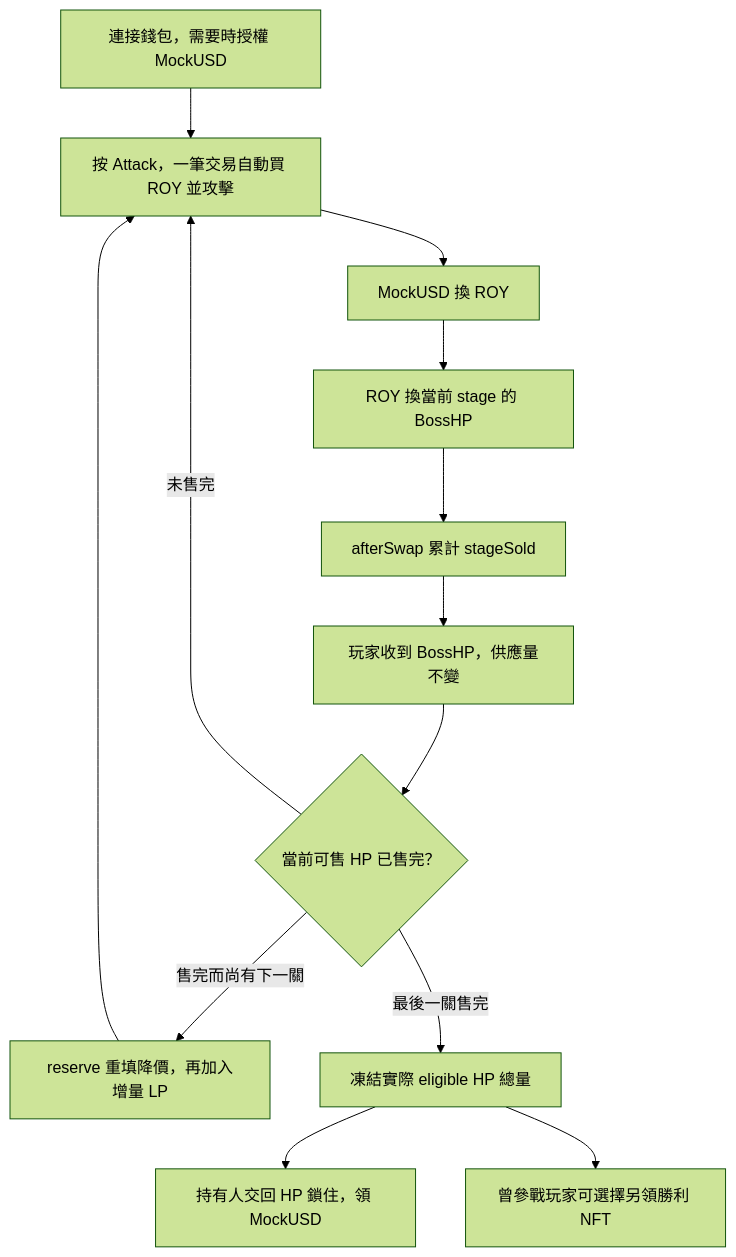
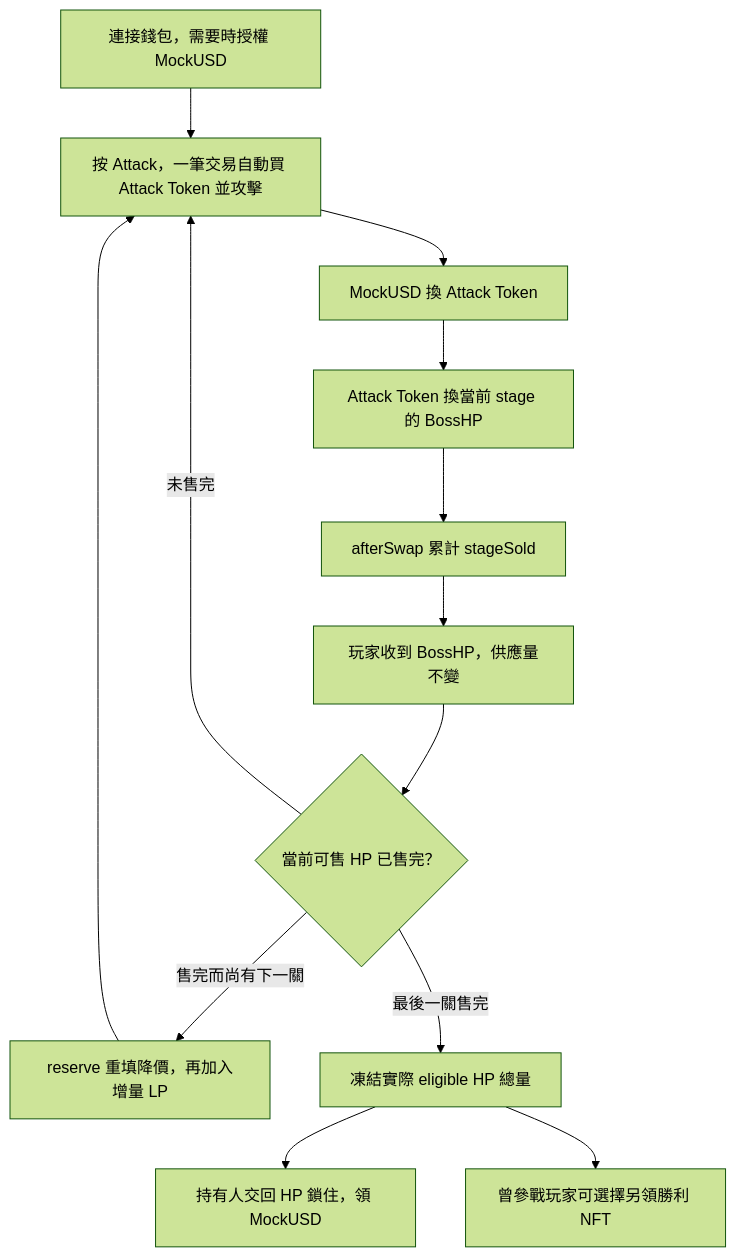
One commit to 0xroylee/eth-global-2026-tokyo changed the first of 4 diagrams in docs/contract-game-diagrams.md. Above: the diagram before and after it, drawn with Mermaid (forest theme). The commit also changed other lines of this file and 31 other files, not shown here.

Commit message:
docs: define live battle integration and Attack Token naming

````diff
--- a/docs/contract-game-diagrams.md
+++ b/docs/contract-game-diagrams.md
@@ -7,15 +7,15 @@
 ```mermaid
 flowchart TD
-    Entry["連接錢包，需要時授權 MockUSD"] --> Attack["按 Attack，一筆交易自動買 ROY 並攻擊"]
-    Attack --> Hop1["MockUSD 換 ROY"]
-    Hop1 --> Hop2["ROY 換當前 stage 的 BossHP"]
+    Entry["連接錢包，需要時授權 MockUSD"] --> Attack["按 Attack，一筆交易自動買 Attack Token 並攻擊"]
+    Attack --> Hop1["MockUSD 換 Attack Token"]
+    Hop1 --> Hop2["Attack Token 換當前 stage 的 BossHP"]
     Hop2 --> Count["afterSwap 累計 stageSold"]
     Count --> Receive["玩家收到 BossHP，供應量不變"]
     Receive --> Check{"當前可售 HP 已售完？"}
     Check -->|未售完| Attack
     Check -->|售完而尚有下一關| Release["reserve 重填降價，再加入增量 LP"]
     Release --> Attack
     Check -->|最後一關售完| Victory["凍結實際 eligible HP 總量"]
     Victory --> Claim["持有人交回 HP 鎖住，領 MockUSD"]
     Victory --> NFT["曾參戰玩家可選擇另領勝利 NFT"]
 ```
````
